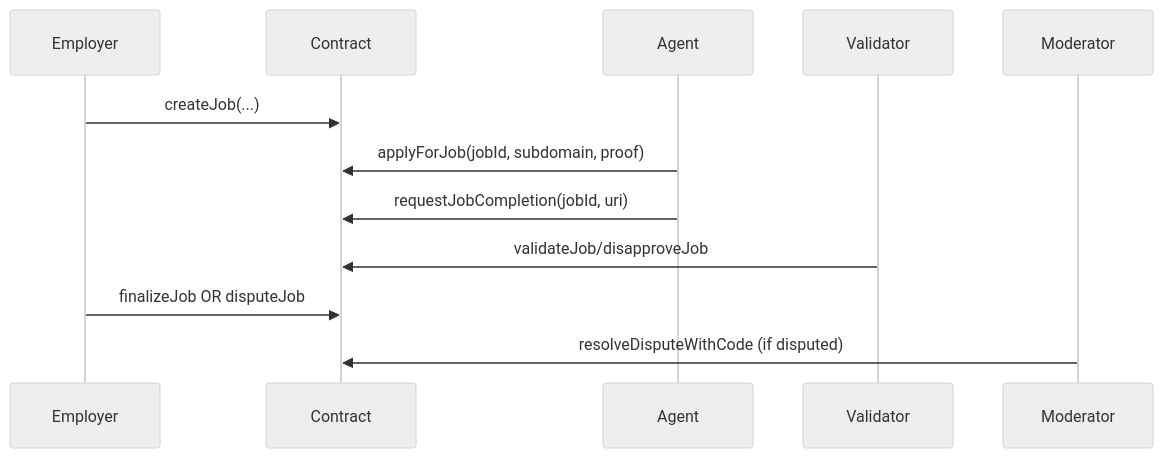
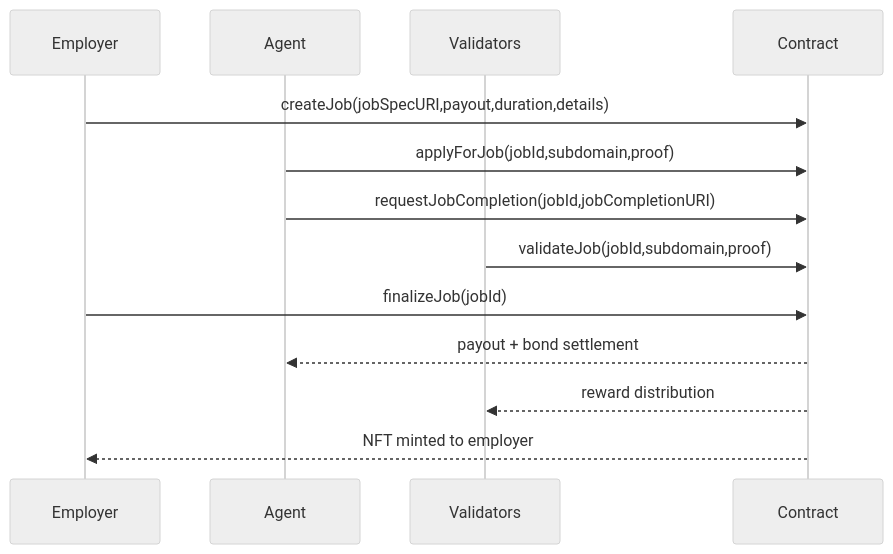
One commit to MontrealAI/AGIJobManager changed the third of 4 diagrams in docs/DEPLOYMENT/OWNER_MAINNET_DEPLOYMENT_AND_OPERATIONS_GUIDE.md. Above: the diagram before and after it, drawn with Mermaid (neutral theme). The commit also changed other lines of this file and 1 other file, not shown here.

````diff
--- a/docs/DEPLOYMENT/OWNER_MAINNET_DEPLOYMENT_AND_OPERATIONS_GUIDE.md
+++ b/docs/DEPLOYMENT/OWNER_MAINNET_DEPLOYMENT_AND_OPERATIONS_GUIDE.md
@@ -254,15 +340,16 @@
 ```mermaid
 sequenceDiagram
   participant Employer
+  participant Agent
+  participant Validators
   participant Contract
-  participant Agent
-  participant Validator
-  participant Moderator
 
-  Employer->>Contract: createJob(...)
-  Agent->>Contract: applyForJob(jobId, subdomain, proof)
-  Agent->>Contract: requestJobCompletion(jobId, uri)
-  Validator->>Contract: validateJob/disapproveJob
-  Employer->>Contract: finalizeJob OR disputeJob
-  Moderator->>Contract: resolveDisputeWithCode (if disputed)
+  Employer->>Contract: createJob(jobSpecURI,payout,duration,details)
+  Agent->>Contract: applyForJob(jobId,subdomain,proof)
+  Agent->>Contract: requestJobCompletion(jobId,jobCompletionURI)
+  Validators->>Contract: validateJob(jobId,subdomain,proof)
+  Employer->>Contract: finalizeJob(jobId)
+  Contract-->>Agent: payout + bond settlement
+  Contract-->>Validators: reward distribution
+  Contract-->>Employer: NFT minted to employer
 ```
````
